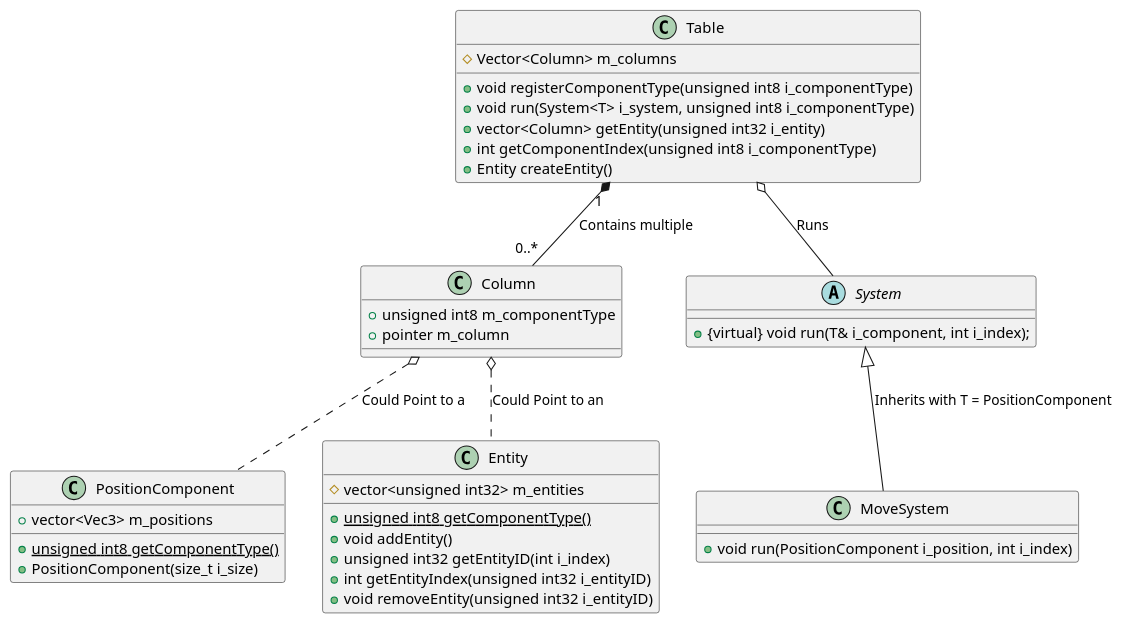
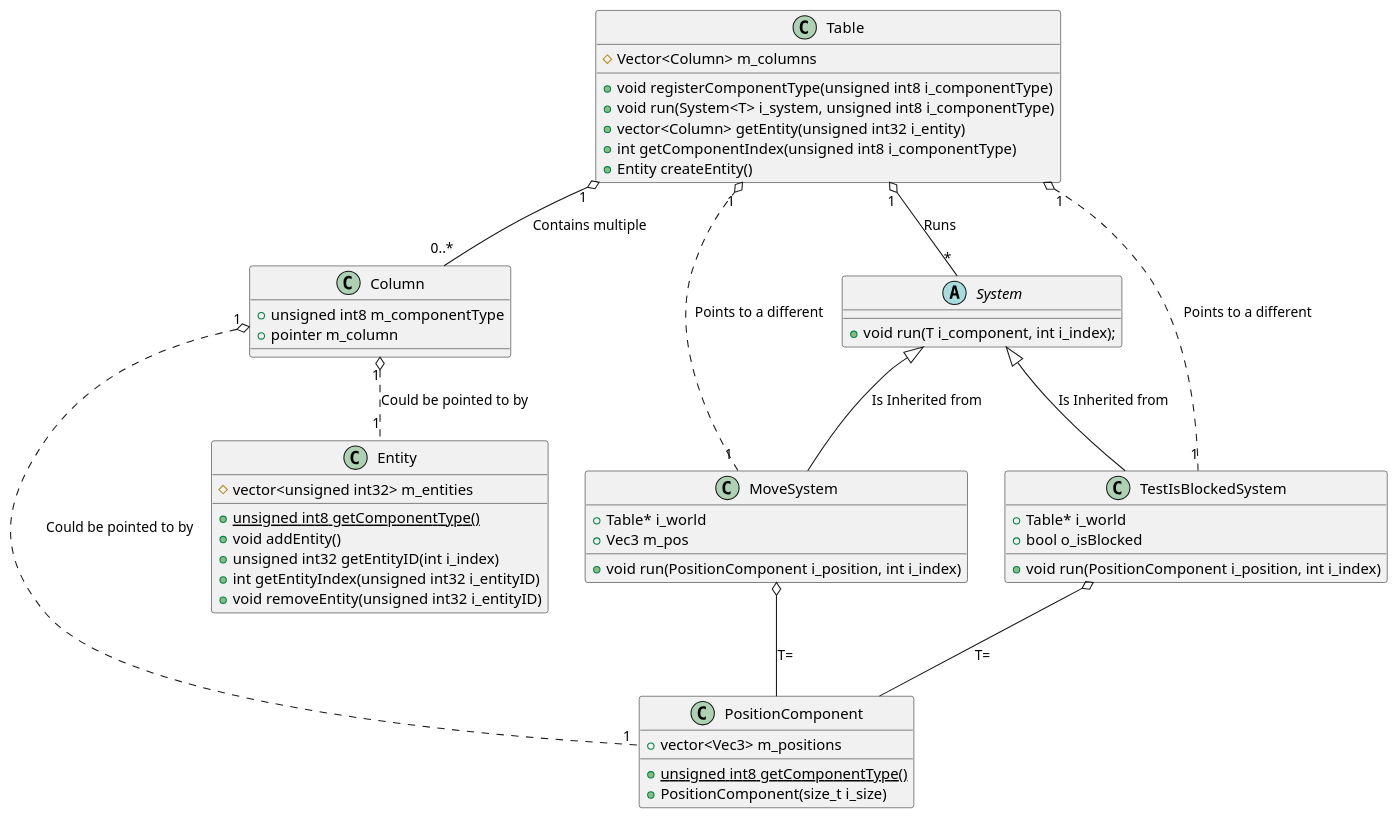
The diagram in ClassDiagram.md (NCCA/programming-assignment-supersliser), drawn with PlantUML before and after one commit. The commit also changed 1 other file, not shown here.

Commit message:
updated ClassDiagram

```diff
--- a/ClassDiagram.md
+++ b/ClassDiagram.md
@@ -1,48 +1,61 @@
 @startuml
 
 class Table {
 	# Vector<Column> m_columns
 	+ void registerComponentType(unsigned int8 i_componentType)
 	+ void run(System<T> i_system, unsigned int8 i_componentType)
     + vector<Column> getEntity(unsigned int32 i_entity)
     + int getComponentIndex(unsigned int8 i_componentType)
 	+ Entity createEntity()
 }
 
 class Column {
     + unsigned int8 m_componentType
 	+ pointer m_column
 }
 
 class PositionComponent {
 	+ vector<Vec3> m_positions
     + {static} unsigned int8 getComponentType()
 	+ PositionComponent(size_t i_size)
 }
 
 class Entity { 
 	# vector<unsigned int32> m_entities
 	+ {static} unsigned int8 getComponentType()
 	+ void addEntity()
 	+ unsigned int32 getEntityID(int i_index)
 	+ int getEntityIndex(unsigned int32 i_entityID)
 	+ void removeEntity(unsigned int32 i_entityID)
 }
 
 abstract class System {
-	+ {virtual} void run(T& i_component, int i_index);
+	+ void run(T i_component, int i_index);
 }
 
 class MoveSystem {
 	+ void run(PositionComponent i_position, int i_index)
+    + Table* i_world
+    + Vec3 m_pos
+}
+
+class TestIsBlockedSystem{
+    + void run(PositionComponent i_position, int i_index)
+    + Table* i_world
+    + bool o_isBlocked
 }
 
 
 
-Table "1" *-- "0..*" Column : "Contains multiple"
-Column o.. PositionComponent : "Could Point to a"
-Column o.. Entity : "Could Point to an"
-System <|-- MoveSystem : "Inherits with T = PositionComponent"
-Table o-- System : "Runs"
+Table "1" o-- "0..*" Column : "Contains multiple"
+Column "1" o.. "1" PositionComponent : "Could be pointed to by"
+Column "1" o.. "1" Entity : "Could be pointed to by"
+System <|-- MoveSystem : "Is Inherited from"
+Table "1" o-- "*" System : "Runs"
+System <|-- TestIsBlockedSystem : "Is Inherited from"
+TestIsBlockedSystem "1" ..o "1" Table : "Points to a different"
+MoveSystem "1" ..o "1" Table : "Points to a different"
+MoveSystem o-- PositionComponent: "T="
+TestIsBlockedSystem o-- PositionComponent: "T="
 
 @enduml
```
